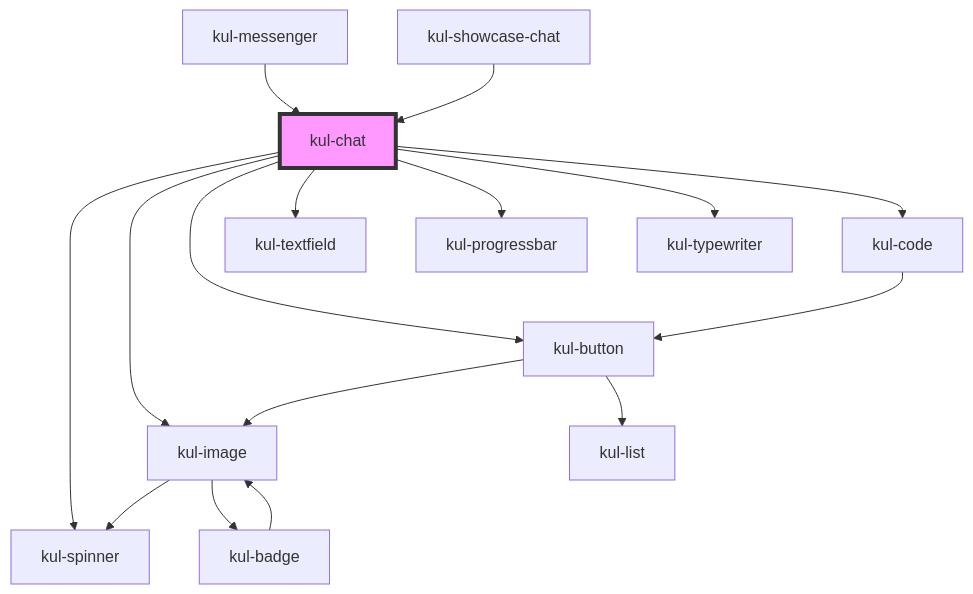
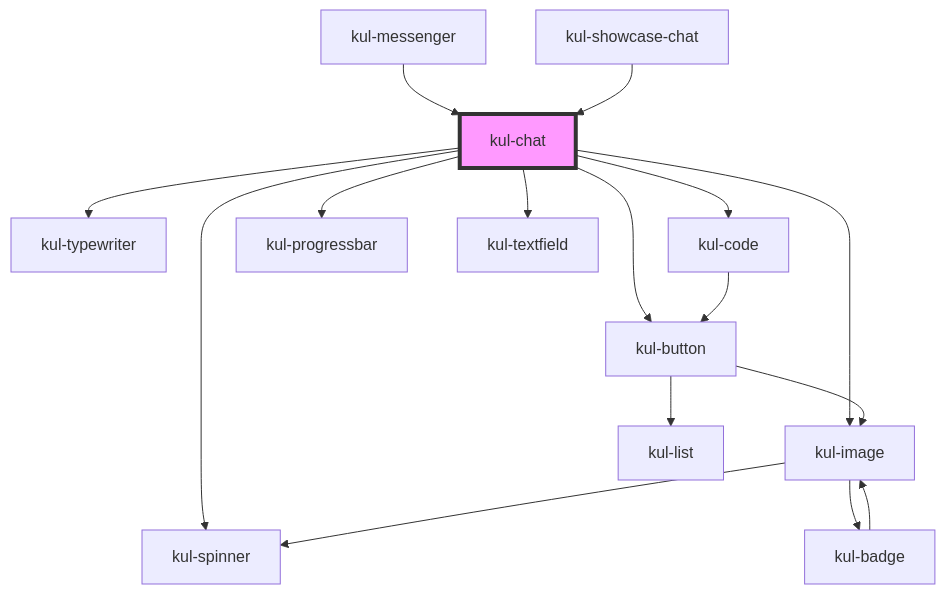
The diagram in packages/ketchup-lite/src/components/kul-chat/readme.md (lucafoscili/ketchup-lite), drawn with Mermaid before and after one commit. The commit also changed other lines of this file and 58 other files, not shown here.

````diff
--- a/packages/ketchup-lite/src/components/kul-chat/readme.md
+++ b/packages/ketchup-lite/src/components/kul-chat/readme.md
@@ -159,19 +159,19 @@
 ```mermaid
 graph TD;
   kul-chat --> kul-spinner
+  kul-chat --> kul-typewriter
+  kul-chat --> kul-code
   kul-chat --> kul-image
   kul-chat --> kul-button
+  kul-chat --> kul-progressbar
   kul-chat --> kul-textfield
-  kul-chat --> kul-progressbar
-  kul-chat --> kul-typewriter
-  kul-chat --> kul-code
+  kul-code --> kul-button
+  kul-button --> kul-image
+  kul-button --> kul-list
   kul-image --> kul-spinner
   kul-image --> kul-badge
   kul-badge --> kul-image
-  kul-button --> kul-image
-  kul-button --> kul-list
-  kul-code --> kul-button
   kul-messenger --> kul-chat
   kul-showcase-chat --> kul-chat
   style kul-chat fill:#f9f,stroke:#333,stroke-width:4px
 ```
````
